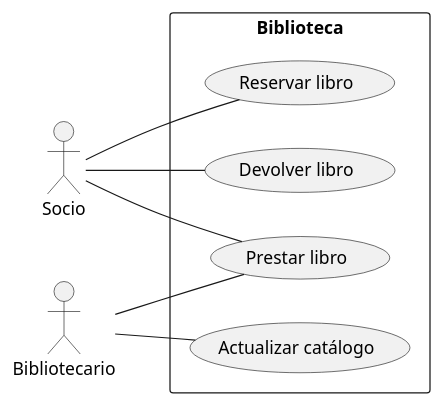
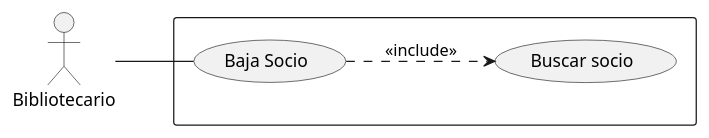
The diagram in src/PlantUML_II.puml (NuriaSan/PlantUML_II_NuriaSanchez), drawn with PlantUML before and after one commit.

Commit message:
Inclusión

```diff
--- a/src/PlantUML_II.puml
+++ b/src/PlantUML_II.puml
@@ -1,21 +1,14 @@
 @startuml
 left to right direction
-actor "Socio" as so
 actor "Bibliotecario" as bib
 
-rectangle Biblioteca{
-  usecase "Reservar libro" as res
-  usecase "Prestar libro" as pre
-  usecase "Devolver libro" as dev
-  usecase "Actualizar catálogo" as act
+rectangle {
+  usecase "Baja Socio" as bas
+  usecase "Buscar socio" as bus
+
 }
-so--res
-so--pre
-so--dev
-
-bib--pre
-bib--act
-
+bib--bas
+(bas)..>(bus): <<include>>
 
 
 @enduml
```
